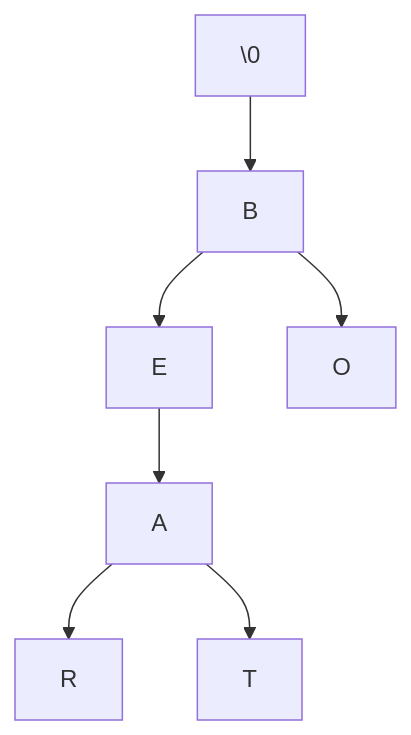
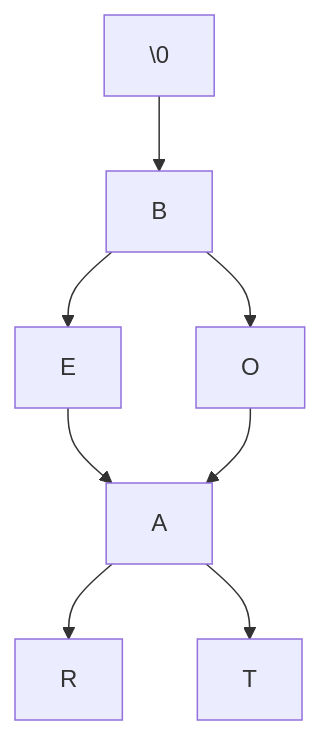
Before and after one commit to mmcnally1/arduino-projects: the diagram in morse-code/README.md, drawn with Mermaid.

````diff
--- a/morse-code/README.md
+++ b/morse-code/README.md
@@ -9,9 +9,10 @@
 ```mermaid
 graph TD;
 \0 --> B
 B --> E
 E --> A
 A --> R
 A --> T
 B --> O
+O --> A
 ```
````
